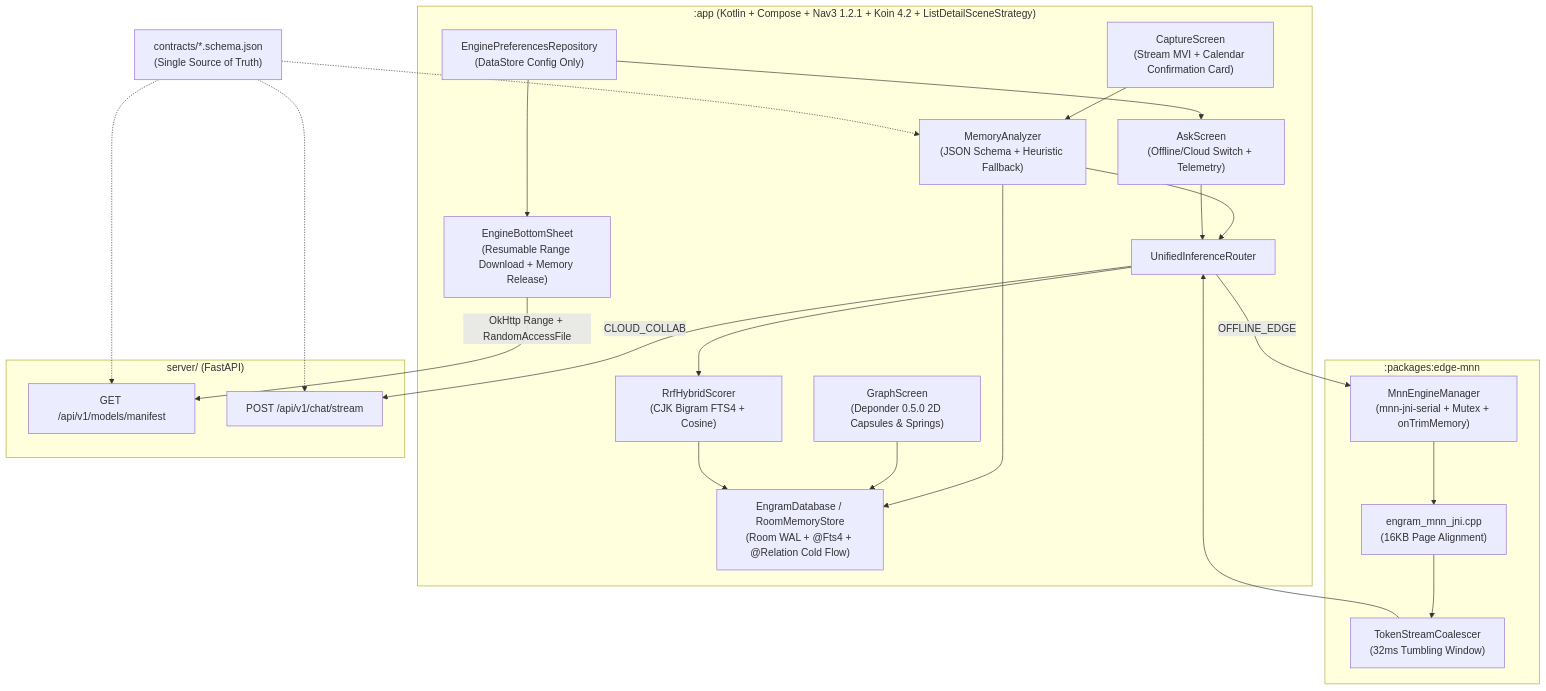
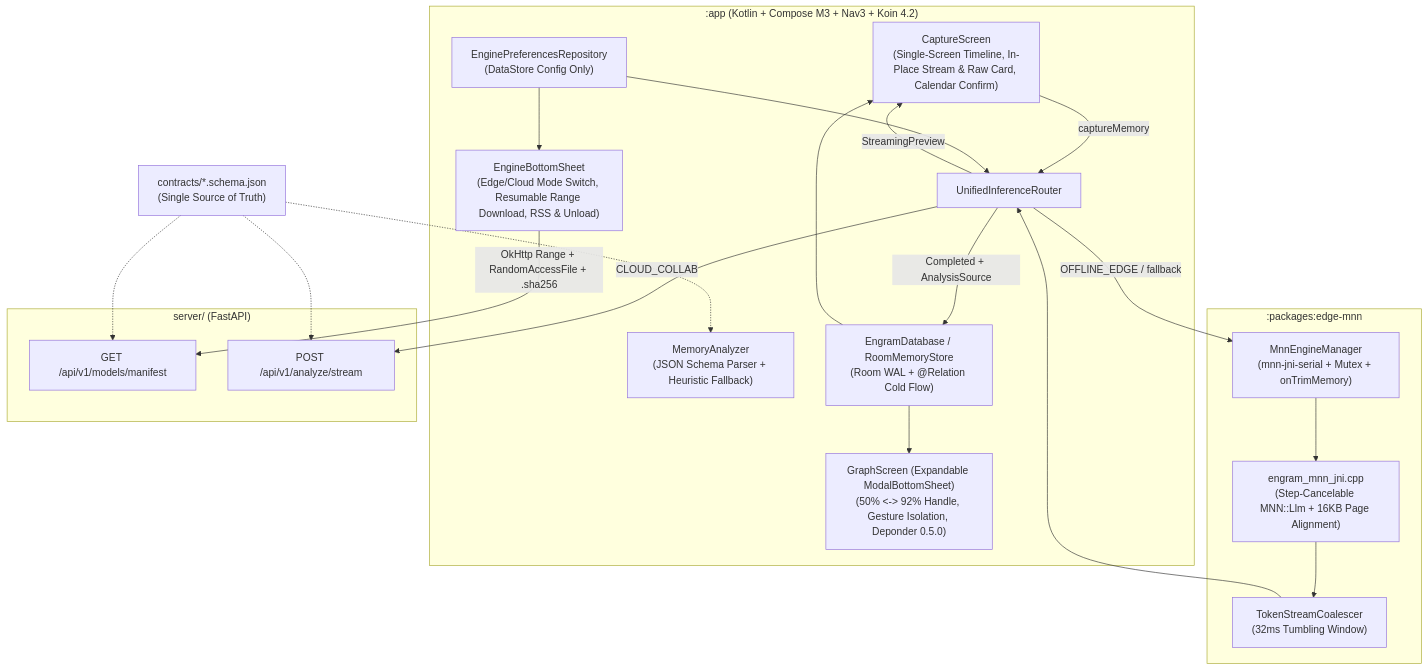
One commit to cinpeCan/Engram changed the first of 2 diagrams in docs/architecture.md. Above: the diagram before and after it, drawn with Mermaid. The commit also changed other lines of this file and 6 other files, not shown here.

Commit message:
docs: align architecture charter and readme with streamlined workspace

````diff
--- a/docs/architecture.md
+++ b/docs/architecture.md
@@ -5,42 +5,40 @@
 ```mermaid
 flowchart TB
     Contracts["contracts/*.schema.json\n(Single Source of Truth)"]
 
-    subgraph AndroidApp[":app (Kotlin + Compose + Nav3 1.2.1 + Koin 4.2 + ListDetailSceneStrategy)"]
-        Capture["CaptureScreen\n(Stream MVI + Calendar Confirmation Card)"]
-        Graph["GraphScreen\n(Deponder 0.5.0 2D Capsules & Springs)"]
-        Ask["AskScreen\n(Offline/Cloud Switch + Telemetry)"]
-        Sheet["EngineBottomSheet\n(Resumable Range Download + Memory Release)"]
+    subgraph AndroidApp[":app (Kotlin + Compose M3 + Nav3 + Koin 4.2)"]
+        Capture["CaptureScreen\n(Single-Screen Timeline, In-Place Stream & Raw Card, Calendar Confirm)"]
+        Graph["GraphScreen (Expandable ModalBottomSheet)\n(50% <-> 92% Handle, Gesture Isolation, Deponder 0.5.0)"]
+        EngineSheet["EngineBottomSheet\n(Edge/Cloud Mode Switch, Resumable Range Download, RSS & Unload)"]
 
-        Analyzer["MemoryAnalyzer\n(JSON Schema + Heuristic Fallback)"]
-        Retriever["RrfHybridScorer\n(CJK Bigram FTS4 + Cosine)"]
+        Analyzer["MemoryAnalyzer\n(JSON Schema Parser + Heuristic Fallback)"]
         Router["UnifiedInferenceRouter"]
 
-        SQLite["EngramDatabase / RoomMemoryStore\n(Room WAL + @Fts4 + @Relation Cold Flow)"]
+        SQLite["EngramDatabase / RoomMemoryStore\n(Room WAL + @Relation Cold Flow)"]
         Prefs["EnginePreferencesRepository\n(DataStore Config Only)"]
     end
 
     subgraph EdgeRuntime[":packages:edge-mnn"]
         Manager["MnnEngineManager\n(mnn-jni-serial + Mutex + onTrimMemory)"]
         Coalescer["TokenStreamCoalescer\n(32ms Tumbling Window)"]
-        JNI["engram_mnn_jni.cpp\n(16KB Page Alignment)"]
+        JNI["engram_mnn_jni.cpp\n(Step-Cancelable MNN::Llm + 16KB Page Alignment)"]
     end
 
     subgraph Gateway["server/ (FastAPI)"]
         Manifest["GET /api/v1/models/manifest"]
-        SSE["POST /api/v1/chat/stream"]
+        SSE["POST /api/v1/analyze/stream"]
     end
 
-    Capture --> Analyzer --> Router
-    Analyzer --> SQLite
-    Graph --> SQLite
-    Ask --> Router
-    Router --> Retriever --> SQLite
-    Router -->|OFFLINE_EDGE| Manager
+    Capture -->|captureMemory| Router
+    Router -->|StreamingPreview| Capture
     Router -->|CLOUD_COLLAB| SSE
-    Sheet -->|OkHttp Range + RandomAccessFile| Manifest
+    Router -->|OFFLINE_EDGE / fallback| Manager
+    Router -->|Completed + AnalysisSource| SQLite
+    SQLite --> Capture
+    SQLite --> Graph
+    EngineSheet -->|OkHttp Range + RandomAccessFile + .sha256| Manifest
     Manager --> JNI
     JNI --> Coalescer --> Router
     Contracts -.-> Analyzer & Manifest & SSE
-    Prefs --> Ask & Sheet
+    Prefs --> Router & EngineSheet
 ```
````
